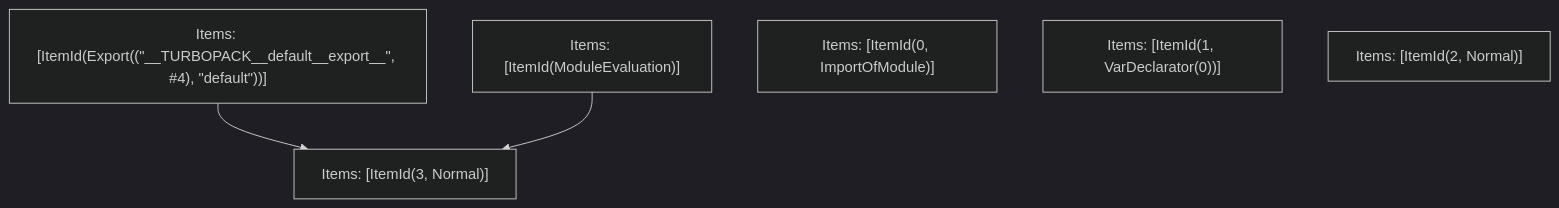
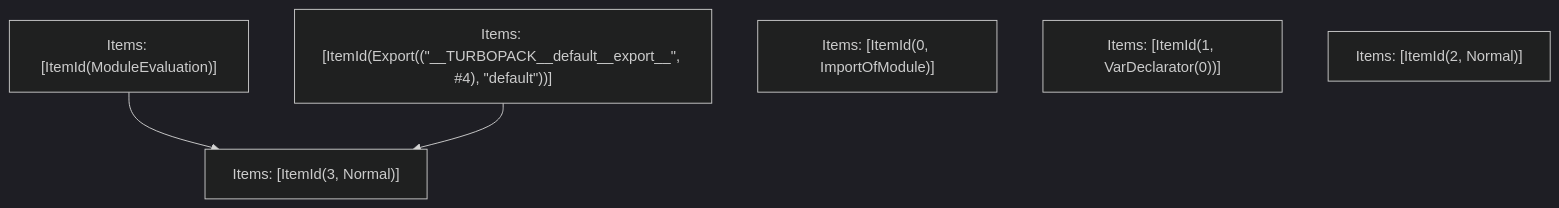
One commit to Sonar-UX-Testing-FreePlan/next.js changed the fifth of 5 diagrams in turbopack/crates/turbopack-ecmascript/tests/tree-shaker/analyzer/node-fetch/output.md. Above: the diagram before and after it, drawn with Mermaid (dark theme). The commit also changed other lines of this file and 30 other files, not shown here.

````diff
--- a/turbopack/crates/turbopack-ecmascript/tests/tree-shaker/analyzer/node-fetch/output.md
+++ b/turbopack/crates/turbopack-ecmascript/tests/tree-shaker/analyzer/node-fetch/output.md
@@ -129,11 +129,11 @@
 ```mermaid
 graph TD
     N0["Items: [ItemId(ModuleEvaluation)]"];
     N1["Items: [ItemId(Export((&quot;__TURBOPACK__default__export__&quot;, #4), &quot;default&quot;))]"];
     N2["Items: [ItemId(3, Normal)]"];
     N3["Items: [ItemId(0, ImportOfModule)]"];
     N4["Items: [ItemId(1, VarDeclarator(0))]"];
     N5["Items: [ItemId(2, Normal)]"];
+    N0 --> N2;
     N1 --> N2;
-    N0 --> N2;
 ```
````
